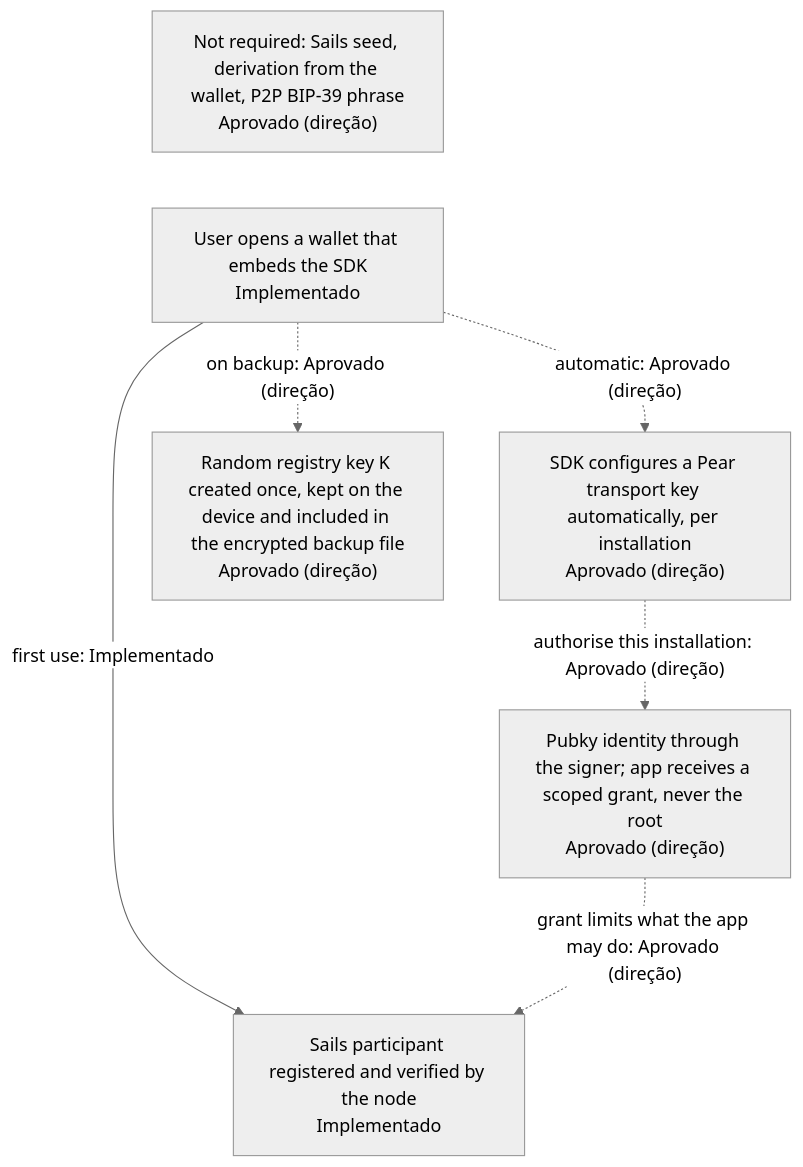
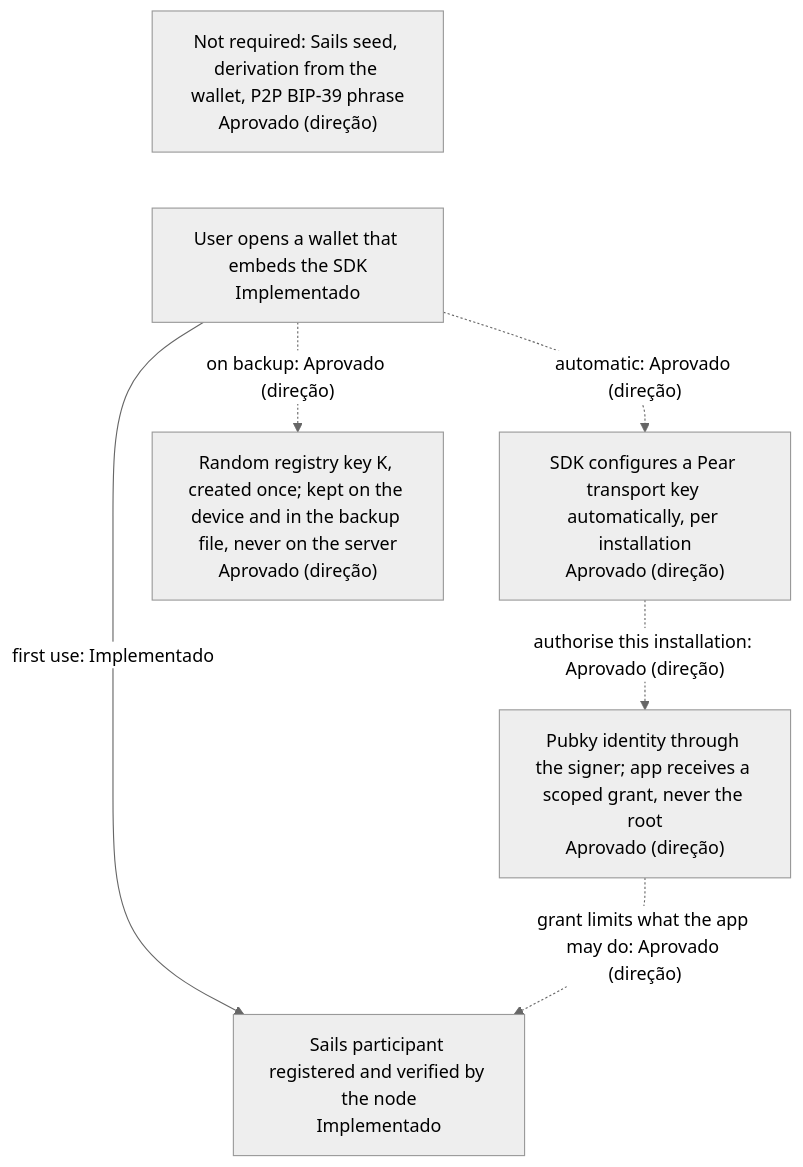
One commit to sails-protocol/Sails-Protocol changed the fourth of 6 diagrams in docs/SYSTEM_DESIGN.md. Above: the diagram before and after it, drawn with Mermaid (neutral theme). The commit also changed other lines of this file, not shown here.

Commit message:
docs: correções factuais dos diagramas (Principal): chaves de escrow/árbitro, chat no nó, chave Pear

````diff
--- a/docs/SYSTEM_DESIGN.md
+++ b/docs/SYSTEM_DESIGN.md
@@ -670,15 +673,15 @@
 ```mermaid
 flowchart TD
   A["User opens a wallet that embeds the SDK<br/>Implementado"]
   B["SDK configures a Pear transport key automatically, per installation<br/>Aprovado (direção)"]
   C["Pubky identity through the signer; app receives a scoped grant, never the root<br/>Aprovado (direção)"]
   D["Sails participant registered and verified by the node<br/>Implementado"]
-  E["Random registry key K created once, kept on the device and included in the encrypted backup file<br/>Aprovado (direção)"]
+  E["Random registry key K, created once; kept on the device and in the backup file, never on the server<br/>Aprovado (direção)"]
   X["Not required: Sails seed, derivation from the wallet, P2P BIP-39 phrase<br/>Aprovado (direção)"]
   A -->|"first use: Implementado"| D
   A -.->|"automatic: Aprovado (direção)"| B
   B -.->|"authorise this installation: Aprovado (direção)"| C
   C -.->|"grant limits what the app may do: Aprovado (direção)"| D
   A -.->|"on backup: Aprovado (direção)"| E
   X ~~~ A
 ```
````
